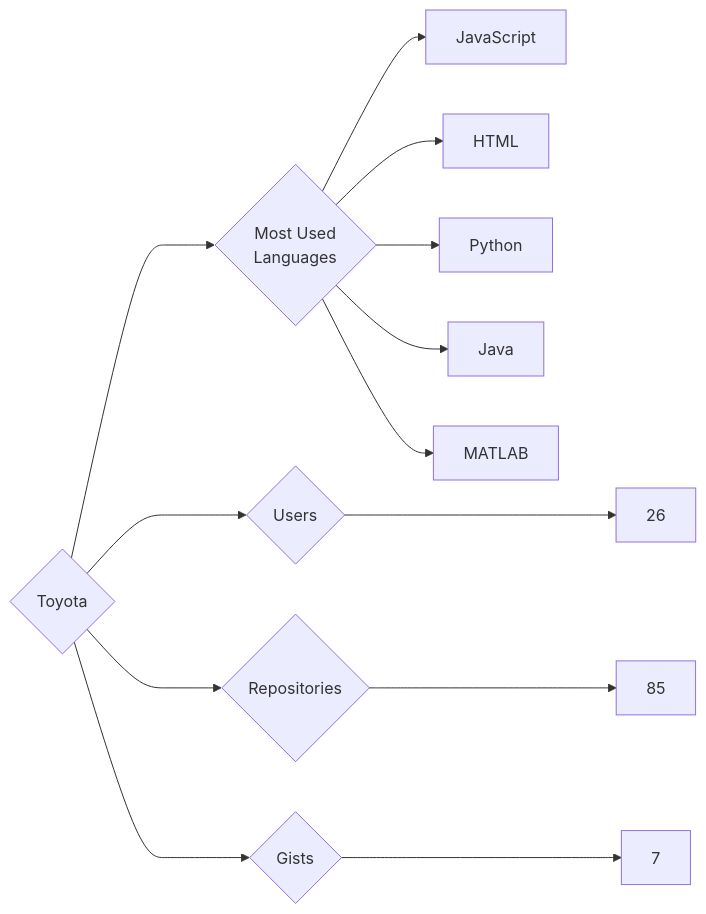
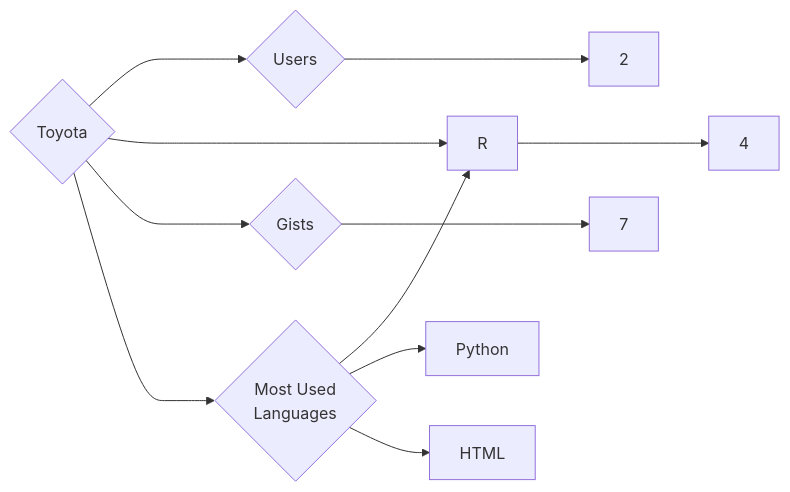
Before and after one commit to trickest/insiders: the diagram in targets/Toyota/README.md, drawn with Mermaid. The commit also changed 912 other files, not shown here.

````diff
--- a/targets/Toyota/README.md
+++ b/targets/Toyota/README.md
@@ -3,13 +3,11 @@
 ```mermaid
 graph LR
 COMPANY_NAME{Toyota}
-COMPANY_NAME ---> U{Users} ---> UN[26]
-COMPANY_NAME ---> R{Repositories} ---> RN[85]
+COMPANY_NAME ---> U{Users} ---> UN[2]
+COMPANY_NAME ---> R{Repositories} ---> RN[4]
 COMPANY_NAME ---> G{Gists} ---> GN[7]
 COMPANY_NAME ---> ML{Most Used<br>Languages}
-ML --> JavaScript[JavaScript]
+ML --> R[R]
+ML --> Python[Python]
 ML --> HTML[HTML]
-ML --> Python[Python]
-ML --> Java[Java]
-ML --> MATLAB[MATLAB]
 ```
````
